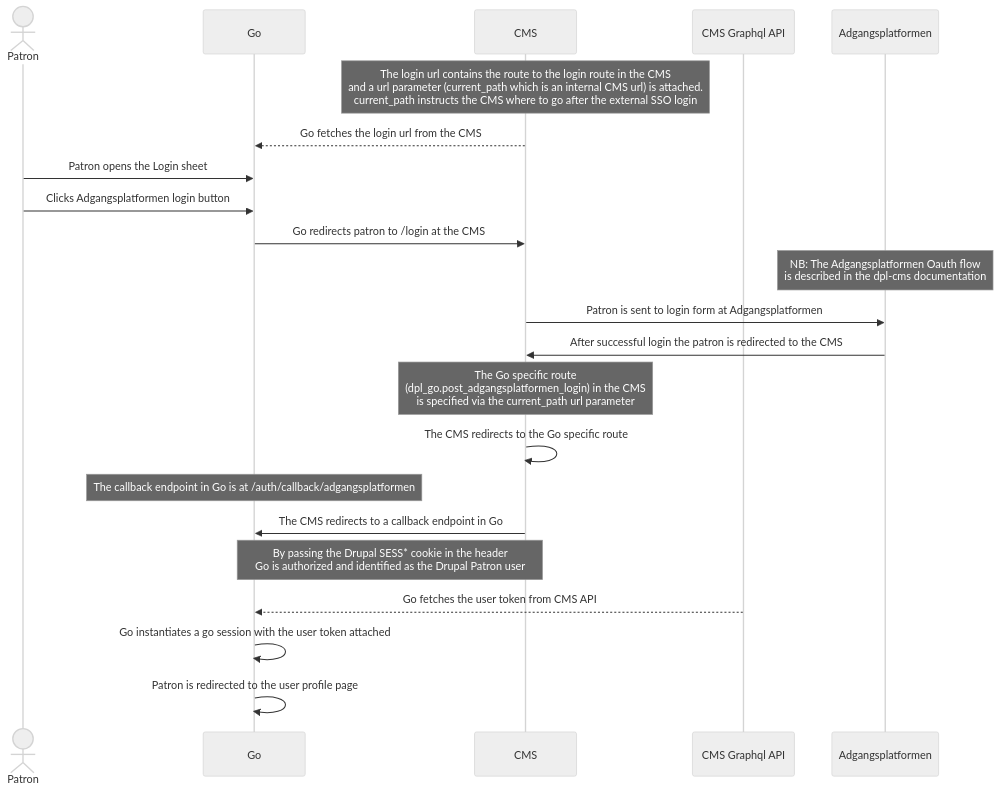
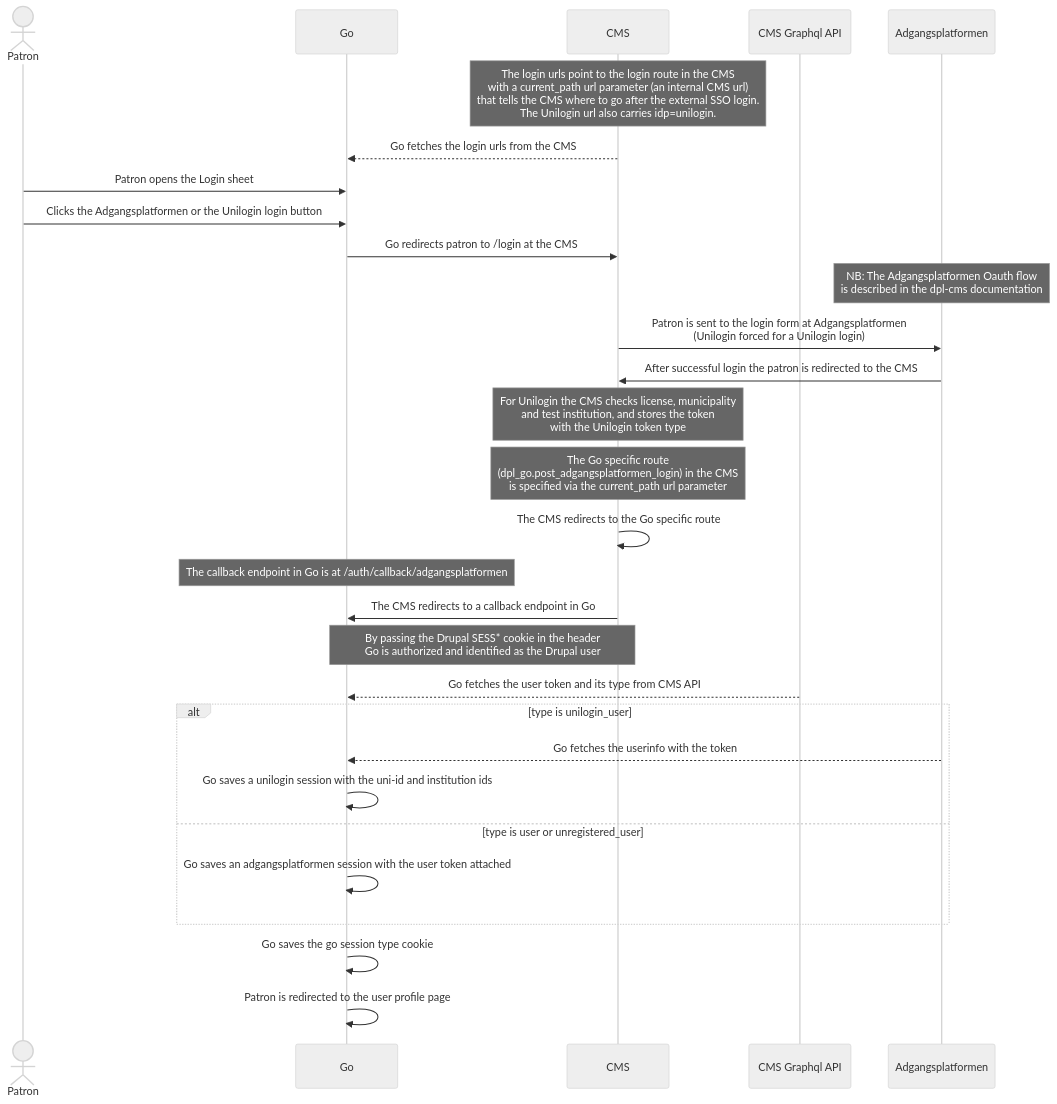
Before and after one commit to danskernesdigitalebibliotek/dpl-web: the first of 3 diagrams in docs/go/authentication.md, drawn with Mermaid (neutral theme). The commit also changed other lines of this file and 5 other files, not shown here.

Commit message:
Document Unilogin via Adgangsplatformen in GO

````diff
--- a/docs/go/authentication.md
+++ b/docs/go/authentication.md
@@ -102,24 +51,31 @@
 ```mermaid
 sequenceDiagram
     actor Patron
     participant Go
     participant CMS
     participant CMS Graphql API
     participant Adgangsplatformen
-    Note over CMS: The login url contains the route to the login route in the CMS<br/>and a url parameter (current_path which is an internal CMS url) is attached.<br /> current_path instructs the CMS where to go  after the external SSO login
-    CMS-->>Go: Go fetches the login url from the CMS
+    Note over CMS: The login urls point to the login route in the CMS<br/>with a current_path url parameter (an internal CMS url)<br/>that tells the CMS where to go after the external SSO login.<br/>The Unilogin url also carries idp=unilogin.
+    CMS-->>Go: Go fetches the login urls from the CMS
     Patron->>Go: Patron opens the Login sheet
-    Patron->>Go: Clicks Adgangsplatformen login button
+    Patron->>Go: Clicks the Adgangsplatformen or the Unilogin login button
     Go->>CMS: Go redirects patron to /login at the CMS
     Note over Adgangsplatformen: NB: The Adgangsplatformen Oauth flow<br />is described in the dpl-cms documentation
-    CMS->>Adgangsplatformen: Patron is sent to login form at Adgangsplatformen
+    CMS->>Adgangsplatformen: Patron is sent to the login form at Adgangsplatformen<br/>(Unilogin forced for a Unilogin login)
     Adgangsplatformen->>CMS: After successful login the patron is redirected to the CMS
+    Note over CMS: For Unilogin the CMS checks license, municipality<br/>and test institution, and stores the token<br/>with the Unilogin token type
     Note over CMS,CMS: The Go specific route<br />(dpl_go.post_adgangsplatformen_login) in the CMS<br />is specified via the current_path url parameter
     CMS->>CMS: The CMS redirects to the Go specific route
     Note over Go: The callback endpoint in Go is at /auth/callback/adgangsplatformen
     CMS->>Go: The CMS redirects to a callback endpoint in Go
-    Note over CMS,Go: By passing the Drupal SESS* cookie in the header<br/>Go is authorized and identified as the Drupal Patron user
-    CMS Graphql API-->>Go: Go fetches the user token from CMS API
-    Go->>Go: Go instantiates a go session with the user token attached
+    Note over CMS,Go: By passing the Drupal SESS* cookie in the header<br/>Go is authorized and identified as the Drupal user
+    CMS Graphql API-->>Go: Go fetches the user token and its type from CMS API
+    alt type is unilogin_user
+        Adgangsplatformen-->>Go: Go fetches the userinfo with the token
+        Go->>Go: Go saves a unilogin session with the uni-id and institution ids
+    else type is user or unregistered_user
+        Go->>Go: Go saves an adgangsplatformen session with the user token attached
+    end
+    Go->>Go: Go saves the go session type cookie
     Go->>Go: Patron is redirected to the user profile page
 ```
````
